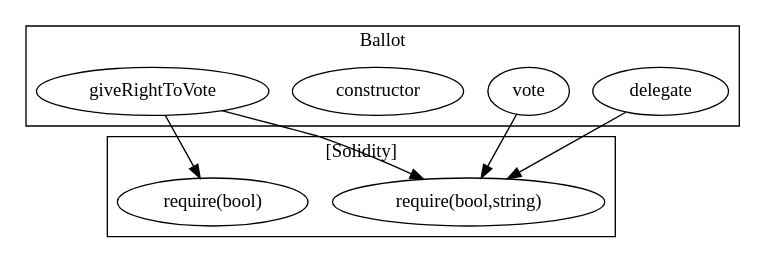
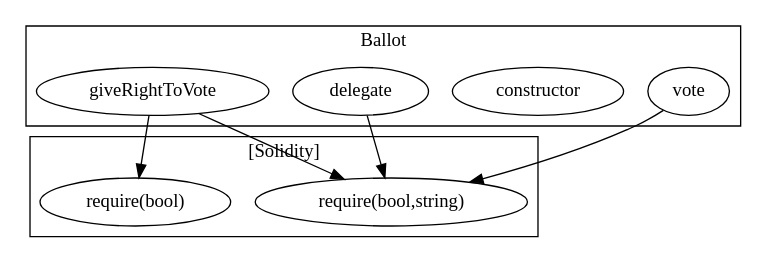
The diagram in all_contracts.dot (JackHFeng/Static_Analysis), drawn with Graphviz before and after one commit. The commit also changed other lines of this file and 6 other files, not shown here.

```diff
--- a/all_contracts.dot
+++ b/all_contracts.dot
@@ -1,17 +1,17 @@
 strict digraph {
 subgraph cluster_303_Ballot {
 label = "Ballot"
-"303_delegate" [label="delegate"]
 "303_vote" [label="vote"]
 "303_constructor" [label="constructor"]
+"303_delegate" [label="delegate"]
 "303_giveRightToVote" [label="giveRightToVote"]
 }subgraph cluster_solidity {
 label = "[Solidity]"
+"require(bool,string)" 
 "require(bool)" 
-"require(bool,string)" 
+"303_delegate" -> "require(bool,string)"
+"303_giveRightToVote" -> "require(bool,string)"
 "303_giveRightToVote" -> "require(bool)"
-"303_giveRightToVote" -> "require(bool,string)"
-"303_delegate" -> "require(bool,string)"
 "303_vote" -> "require(bool,string)"
 }
 }
```
